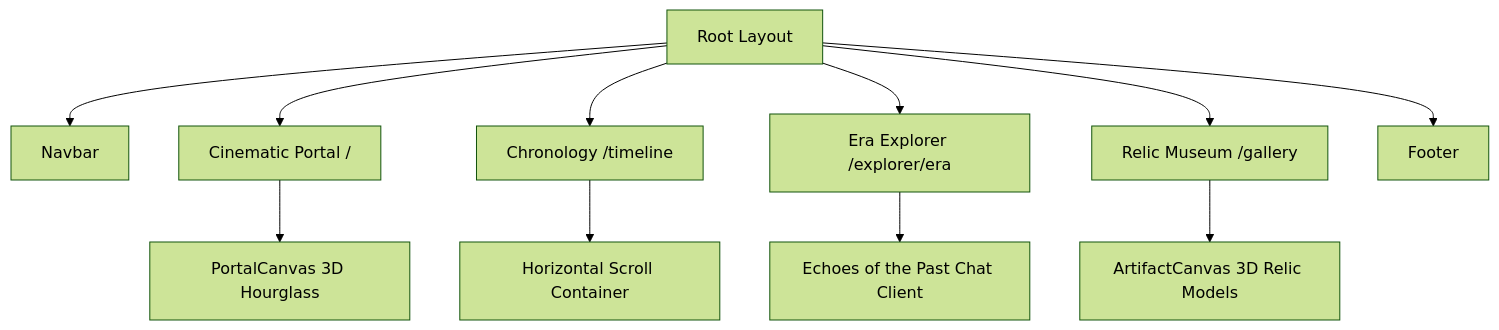
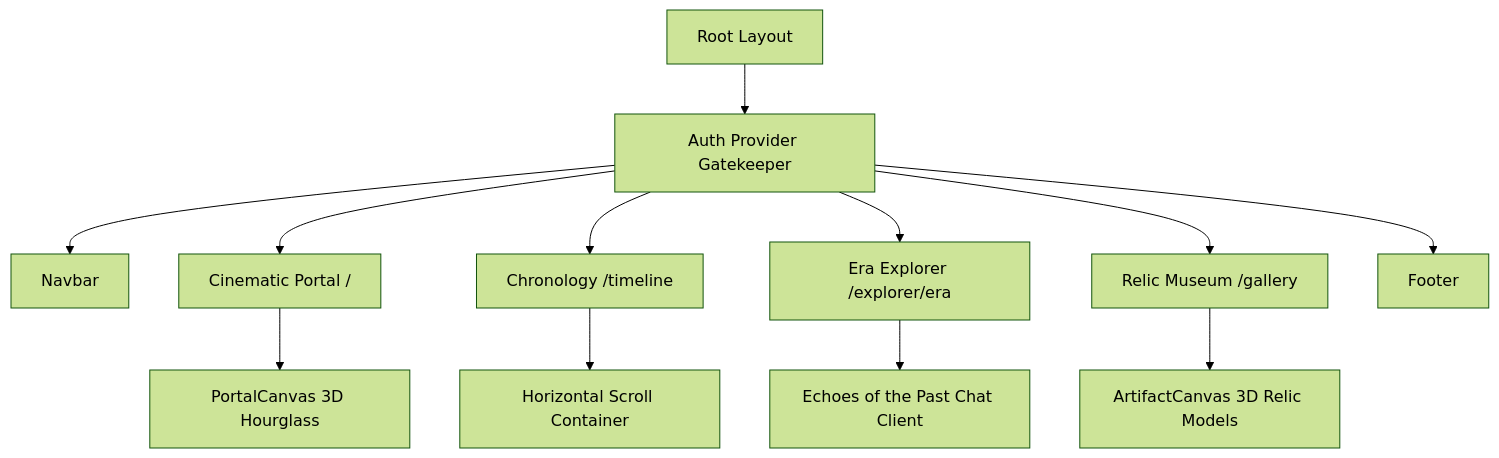
One commit to Atharva787590/chronos changed the diagram in README.md. Above: the diagram before and after it, drawn with Mermaid (forest theme). The commit also changed other lines of this file and 5 other files, not shown here.

````diff
--- a/README.md
+++ b/README.md
@@ -11,14 +37,15 @@
 ```mermaid
 graph TD
-  A[Root Layout] --> B[Navbar]
-  A --> C[Cinematic Portal /]
-  A --> D[Chronology /timeline]
-  A --> E[Era Explorer /explorer/era]
-  A --> F[Relic Museum /gallery]
-  A --> G[Footer]
+  A[Root Layout] --> B[Auth Provider Gatekeeper]
+  B --> C[Navbar]
+  B --> D[Cinematic Portal /]
+  B --> E[Chronology /timeline]
+  B --> F[Era Explorer /explorer/era]
+  B --> G[Relic Museum /gallery]
+  B --> H[Footer]
 
-  C --> H[PortalCanvas 3D Hourglass]
-  D --> I[Horizontal Scroll Container]
-  E --> J[Echoes of the Past Chat Client]
-  F --> K[ArtifactCanvas 3D Relic Models]
+  D --> I[PortalCanvas 3D Hourglass]
+  E --> J[Horizontal Scroll Container]
+  F --> K[Echoes of the Past Chat Client]
+  G --> L[ArtifactCanvas 3D Relic Models]
 ```
````
